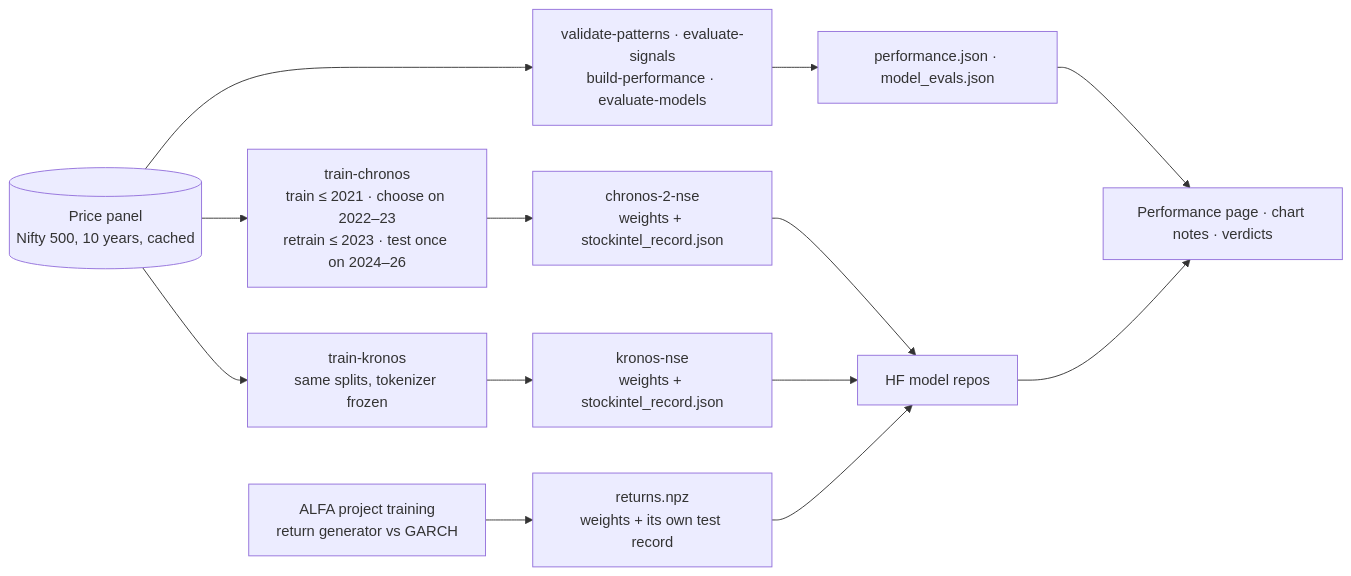
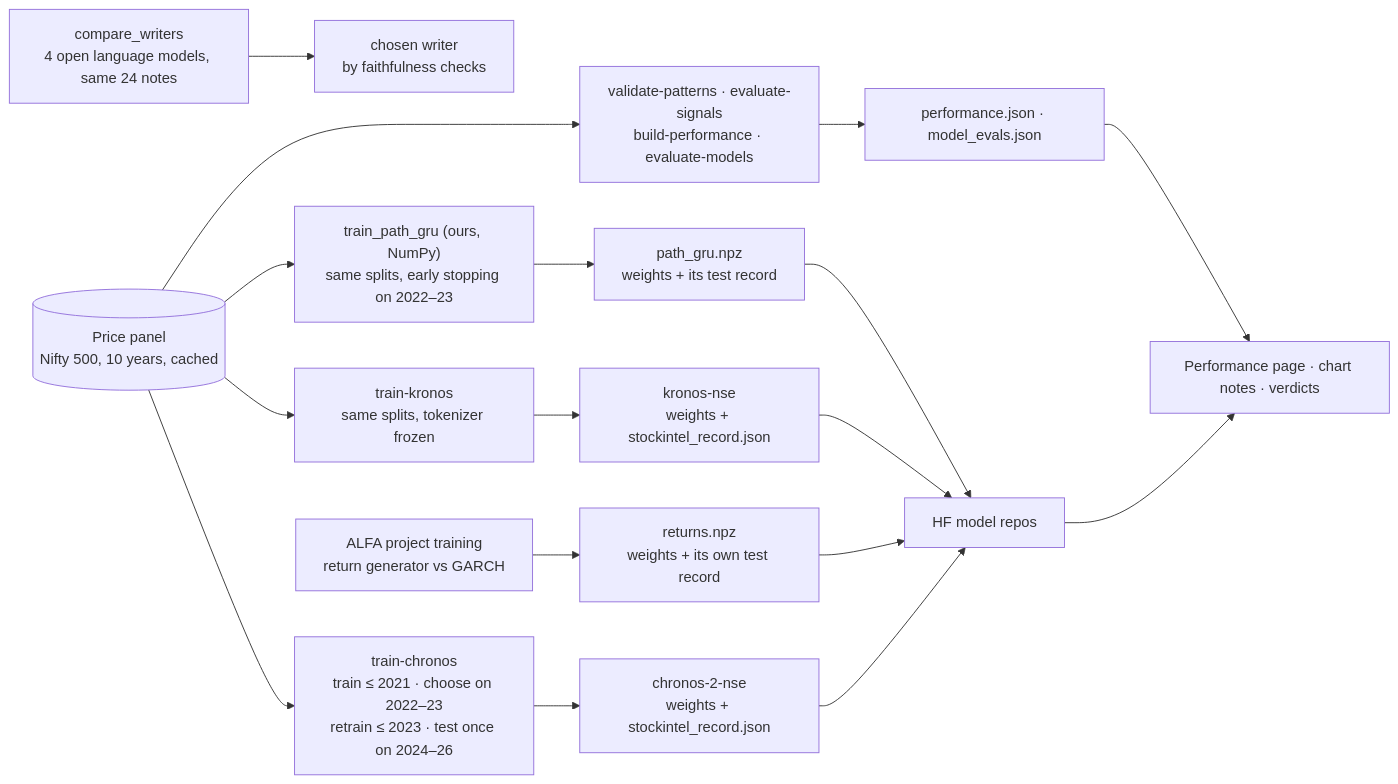
Before and after one commit to Kapurrrishabh/ALFA-Adaptive-Learning-Framework-for-Agents: the third of 4 diagrams in docs/ARCHITECTURE.md, drawn with Mermaid. The commit also changed other lines of this file and 27 other files, not shown here.

First line of the commit message:
Add our path GRU and the checked analyst note, and document the merged project

````diff
--- a/docs/ARCHITECTURE.md
+++ b/docs/ARCHITECTURE.md
@@ -67,16 +72,20 @@
 ```mermaid
 flowchart LR
   P[("Price panel<br/>Nifty 500, 10 years, cached")]
   P --> TC["train-chronos<br/>train ≤ 2021 · choose on 2022–23<br/>retrain ≤ 2023 · test once on 2024–26"]
   P --> TK["train-kronos<br/>same splits, tokenizer frozen"]
+  P --> TG["train_path_gru (ours, NumPy)<br/>same splits, early stopping on 2022–23"]
+  TG --> GW["path_gru.npz<br/>weights + its test record"]
+  GW --> HF
+  W["compare_writers<br/>4 open language models, same 24 notes"] --> LMC["chosen writer<br/>by faithfulness checks"]
   P --> EV["validate-patterns · evaluate-signals<br/>build-performance · evaluate-models"]
   ALFA["ALFA project training<br/>return generator vs GARCH"] --> AW["returns.npz<br/>weights + its own test record"]
   TC --> CW["chronos-2-nse<br/>weights + stockintel_record.json"]
   TK --> KW["kronos-nse<br/>weights + stockintel_record.json"]
   EV --> J["performance.json · model_evals.json"]
   CW --> HF["HF model repos"]
   KW --> HF
   AW --> HF
   J --> UI["Performance page · chart notes · verdicts"]
   HF --> UI
 ```
````
